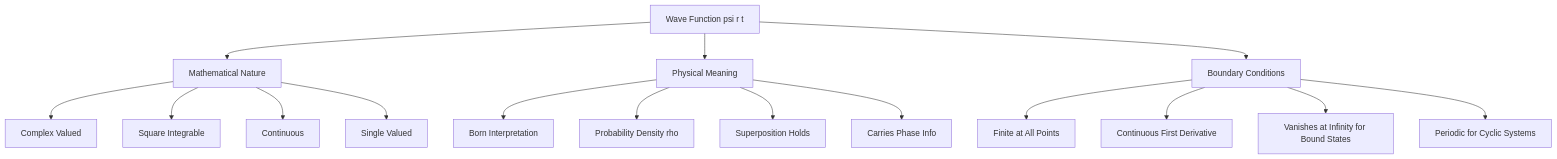
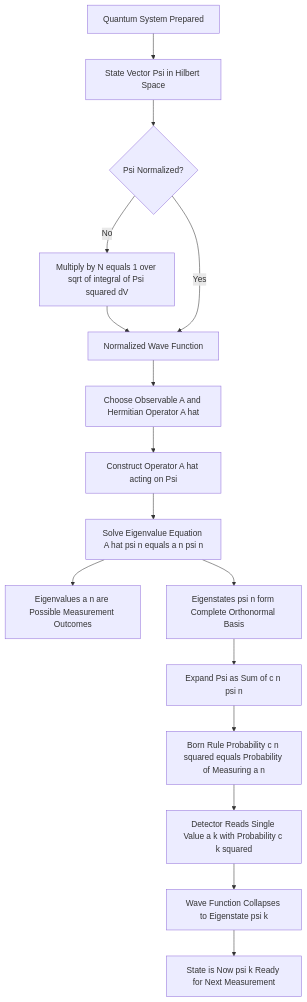
One commit to vishnuu-kr/ktunode changed the first of 3 diagrams in public/notes/computer-science-and-engineering/semester-1/gapht121-physics-for-information-science/02-module-2-quantum-mechanics/wave-function-properties-physical-interpretation/notes.md. Above: the diagram before and after it, drawn with Mermaid. The commit also changed other lines of this file and 4829 other files, not shown here.

````diff
--- a/public/notes/computer-science-and-engineering/semester-1/gapht121-physics-for-information-science/02-module-2-quantum-mechanics/wave-function-properties-physical-interpretation/notes.md
+++ b/public/notes/computer-science-and-engineering/semester-1/gapht121-physics-for-information-science/02-module-2-quantum-mechanics/wave-function-properties-physical-interpretation/notes.md
@@ -263,22 +409,18 @@
 ```mermaid
 flowchart TD
-    WFN[Wave Function psi r t]
-    WFN --> MAT[Mathematical Nature]
-    WFN --> PHY[Physical Meaning]
-    WFN --> BND[Boundary Conditions]
-
-    MAT --> MAT1[Complex Valued]
-    MAT --> MAT2[Square Integrable]
-    MAT --> MAT3[Continuous]
-    MAT --> MAT4[Single Valued]
-
-    PHY --> PHY1[Born Interpretation]
-    PHY --> PHY2[Probability Density rho]
-    PHY --> PHY3[Superposition Holds]
-    PHY --> PHY4[Carries Phase Info]
-
-    BND --> BND1[Finite at All Points]
-    BND --> BND2[Continuous First Derivative]
-    BND --> BND3[Vanishes at Infinity for Bound States]
-    BND --> BND4[Periodic for Cyclic Systems]
+    A[Quantum System Prepared] --> B[State Vector Psi in Hilbert Space]
+    B --> C{Psi Normalized?}
+    C -- No --> D[Multiply by N equals 1 over sqrt of integral of Psi squared dV]
+    D --> E[Normalized Wave Function]
+    C -- Yes --> E
+    E --> F[Choose Observable A and Hermitian Operator A hat]
+    F --> G[Construct Operator A hat acting on Psi]
+    G --> H[Solve Eigenvalue Equation A hat psi n equals a n psi n]
+    H --> I[Eigenvalues a n are Possible Measurement Outcomes]
+    H --> J[Eigenstates psi n form Complete Orthonormal Basis]
+    J --> K[Expand Psi as Sum of c n psi n]
+    K --> L[Born Rule Probability c n squared equals Probability of Measuring a n]
+    L --> M[Detector Reads Single Value a k with Probability c k squared]
+    M --> N[Wave Function Collapses to Eigenstate psi k]
+    N --> O[State is Now psi k Ready for Next Measurement]
 ```
````
